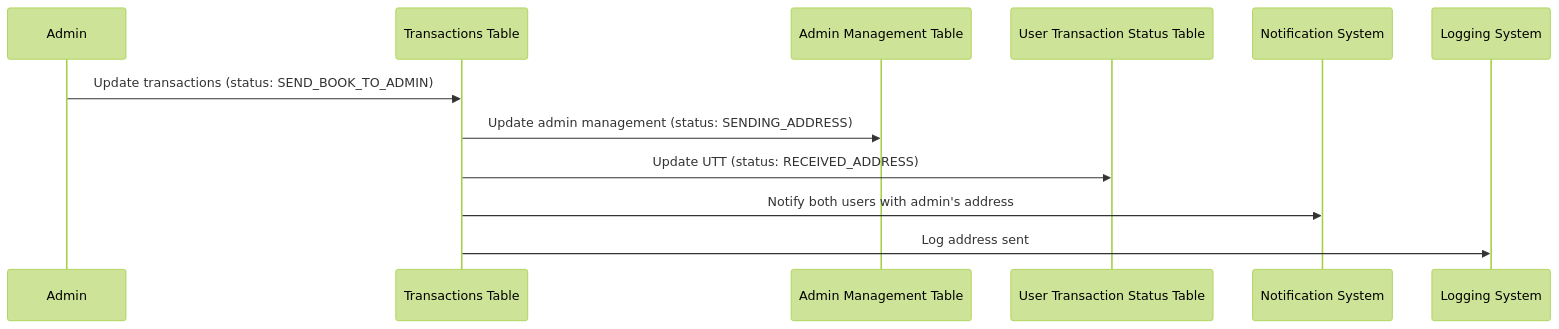
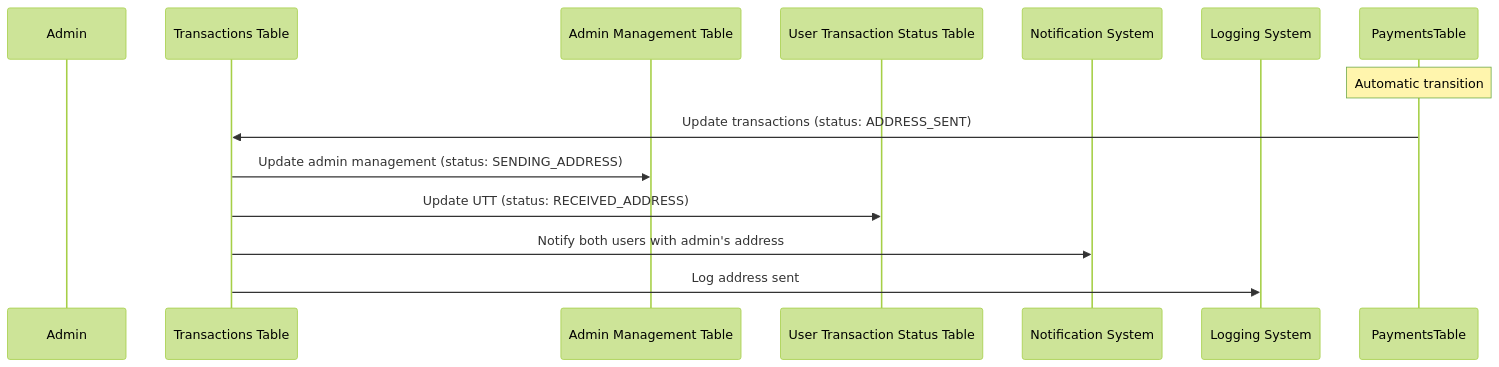
The ninth of 12 diagrams in documents/Exchange.flow.md (Loknong/book-exchange), drawn with Mermaid (forest theme) before and after one commit. The commit also changed other lines of this file, not shown here.

````diff
--- a/documents/Exchange.flow.md
+++ b/documents/Exchange.flow.md
@@ -236,15 +265,16 @@
 ```mermaid
 sequenceDiagram
     participant Admin
     participant TransactionsTable as Transactions Table
     participant AdminManagementTable as Admin Management Table
     participant UserTransactionStatusTable as User Transaction Status Table
     participant NotificationSystem as Notification System
     participant LoggingSystem as Logging System
 
-    Admin->>TransactionsTable: Update transactions (status: SEND_BOOK_TO_ADMIN)
+    note over PaymentsTable: Automatic transition
+    PaymentsTable->>TransactionsTable: Update transactions (status: ADDRESS_SENT)
     TransactionsTable->>AdminManagementTable: Update admin management (status: SENDING_ADDRESS)
     TransactionsTable->>UserTransactionStatusTable: Update UTT (status: RECEIVED_ADDRESS)
     TransactionsTable->>NotificationSystem: Notify both users with admin's address
     TransactionsTable->>LoggingSystem: Log address sent
 ```
````
